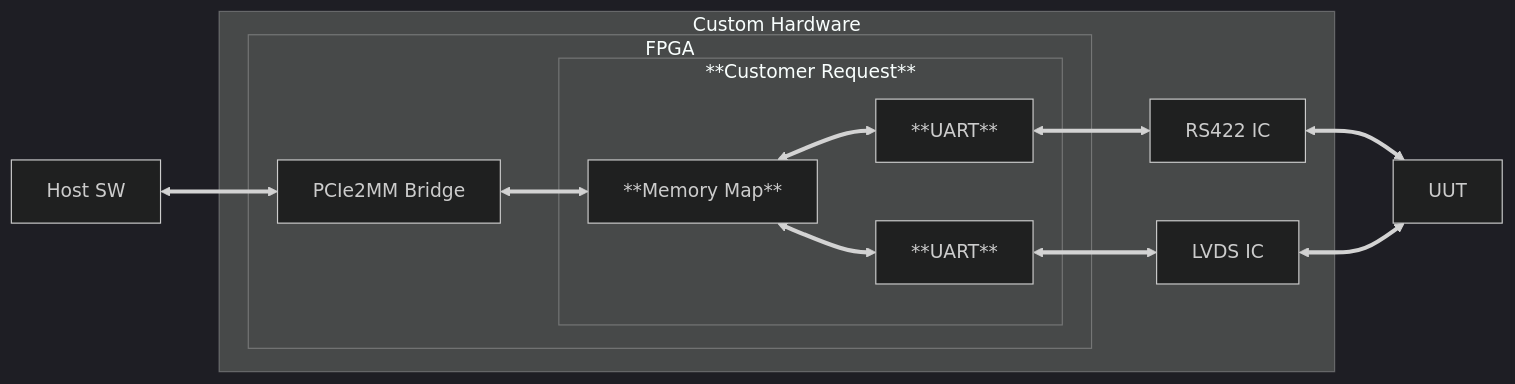
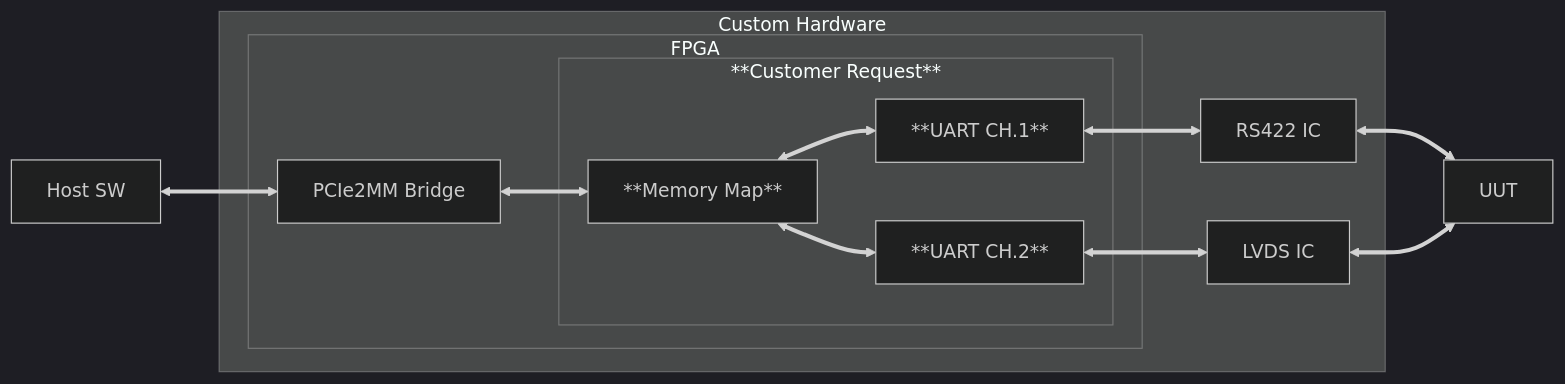
Before and after one commit to roajonny/common: the diagram in docs/source/project/scope_of_work.rst, drawn with Mermaid. The commit also changed 2 other files, not shown here.

Commit message:
Updates nomenclature RS422 -> CH.1 / LVDS -> CH.2 and RS422/LVDS IC enable requirements

```diff
--- a/docs/source/project/scope_of_work.rst
+++ b/docs/source/project/scope_of_work.rst
@@ -25,18 +25,18 @@
 .. mermaid::
 
    %%{init: {'theme':'dark'}}%%
    flowchart LR
        host[Host SW] <==> a[PCIe2MM Bridge]
        subgraph Custom Hardware
            subgraph FPGA
                a[PCIe2MM Bridge] <==> b[**Memory Map**]
                subgraph **Customer Request**
-                   b[**Memory Map**] <==> c[**UART**]
-                   b[**Memory Map**] <==> d[**UART**]
+                   b[**Memory Map**] <==> c[**UART CH.1**]
+                   b[**Memory Map**] <==> d[**UART CH.2**]
                end
            end
-       c[**UART**] <==> e[UUT]
-       d[**UART**] <==> f[UUT]
+       c[**UART CH.1**] <==> e[UUT]
+       d[**UART CH.2**] <==> f[UUT]
        end
    e[RS422 IC] <==> g[UUT]
    f[LVDS IC]  <==> g[UUT]
```
